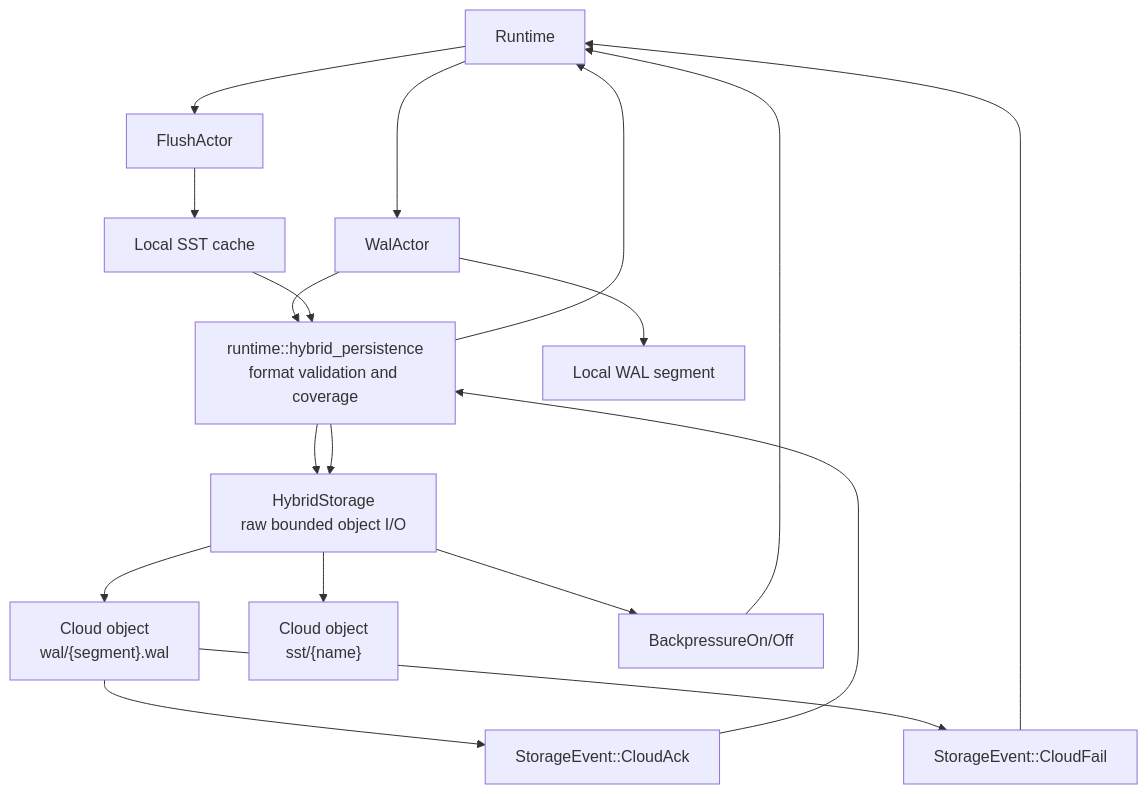
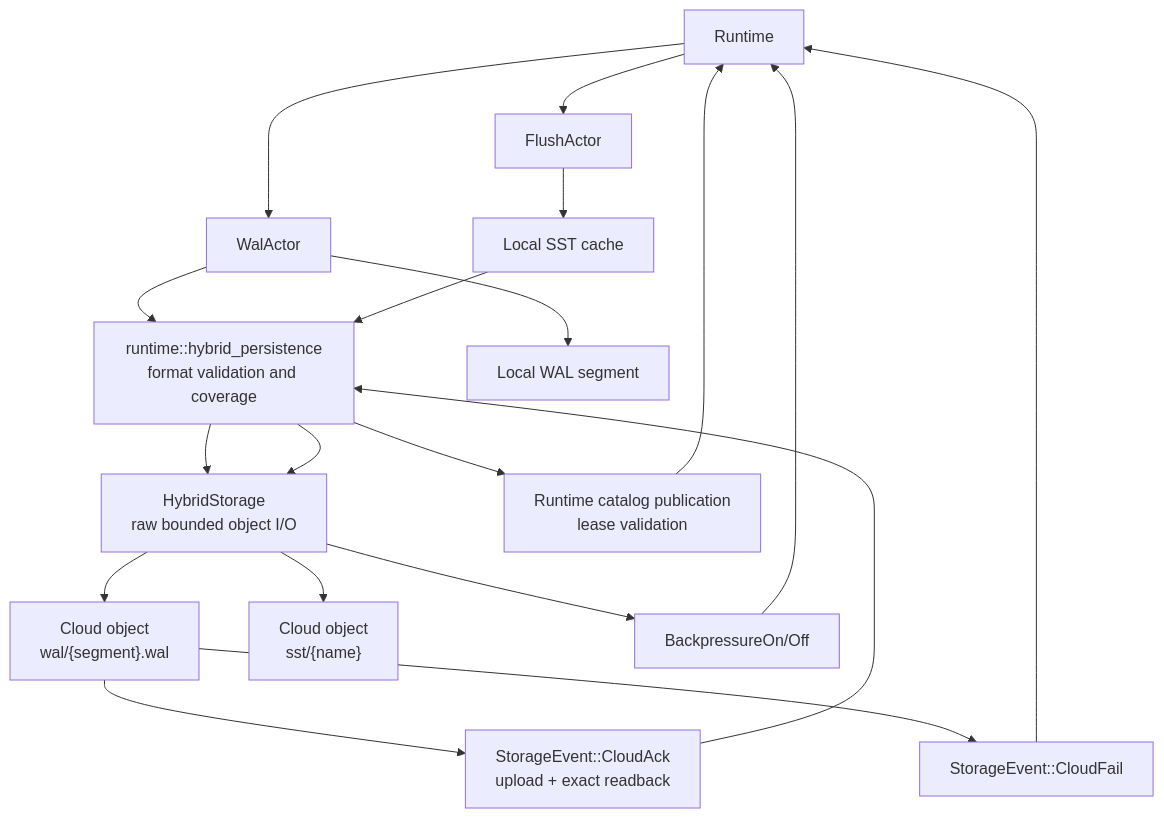
The eighth of 10 diagrams in docs/development/architecture-diagrams.md (cntryl/midge), drawn with Mermaid before and after one commit. The commit also changed other lines of this file and 36 other files, not shown here.

````diff
--- a/docs/development/architecture-diagrams.md
+++ b/docs/development/architecture-diagrams.md
@@ -239,35 +244,37 @@
 ```mermaid
 flowchart TB
     Runtime["Runtime"]
     Proofs["runtime::hybrid_persistence<br/>format validation and coverage"]
     WalActor["WalActor"]
     Hybrid["HybridStorage<br/>raw bounded object I/O"]
     LocalWal["Local WAL segment"]
     CloudWal["Cloud object<br/>wal/{segment}.wal"]
-    CloudAck["StorageEvent::CloudAck"]
+    CloudAck["StorageEvent::CloudAck<br/>upload + exact readback"]
+    Catalog["Runtime catalog publication<br/>lease validation"]
     CloudFail["StorageEvent::CloudFail"]
 
     FlushActor["FlushActor"]
     LocalSst["Local SST cache"]
     CloudSst["Cloud object<br/>sst/{name}"]
     Backpressure["BackpressureOn/Off"]
 
     Runtime --> WalActor
     WalActor --> LocalWal
     WalActor --> Proofs
     Proofs --> Hybrid
     Hybrid --> CloudWal
     CloudWal --> CloudAck
     CloudWal --> CloudFail
     CloudAck --> Proofs
-    Proofs --> Runtime
+    Proofs --> Catalog
+    Catalog --> Runtime
     CloudFail --> Runtime
 
     Runtime --> FlushActor
     FlushActor --> LocalSst
     LocalSst --> Proofs
     Proofs --> Hybrid
     Hybrid --> CloudSst
     Hybrid --> Backpressure
     Backpressure --> Runtime
 ```
````
